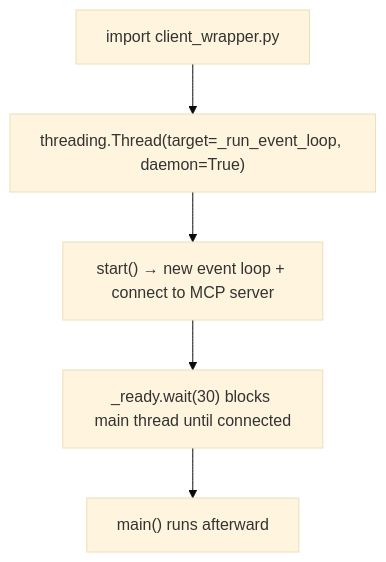
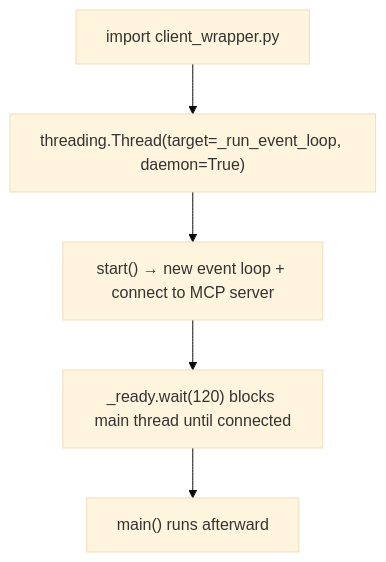
One commit to robocop24/ba-copilot changed the first of 3 diagrams in docs/RUNTIME_ARCHITECTURE.md. Above: the diagram before and after it, drawn with Mermaid (base theme). The commit also changed other lines of this file and 18 other files, not shown here.

````diff
--- a/docs/RUNTIME_ARCHITECTURE.md
+++ b/docs/RUNTIME_ARCHITECTURE.md
@@ -48,7 +48,7 @@
 ```mermaid
 flowchart TD
     A["import client_wrapper.py"] --> B["threading.Thread(target=_run_event_loop, daemon=True)"]
     B --> C["start() → new event loop + connect to MCP server"]
-    C --> D["_ready.wait(30) blocks main thread until connected"]
+    C --> D["_ready.wait(120) blocks main thread until connected"]
     D --> E["main() runs afterward"]
 ```
````
